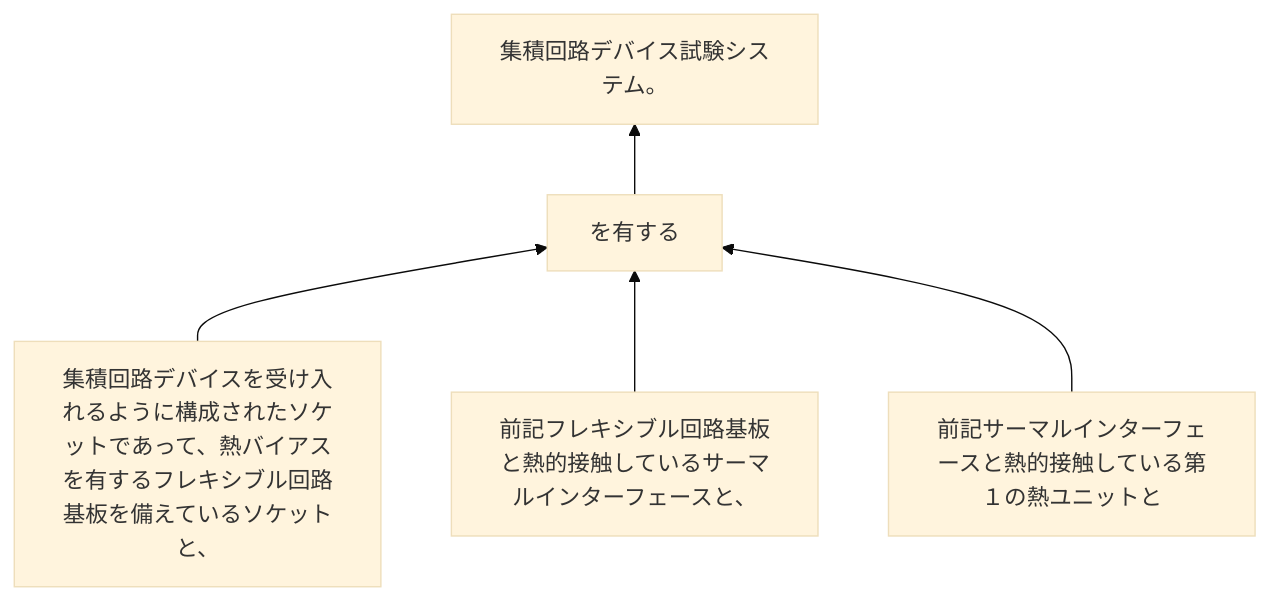
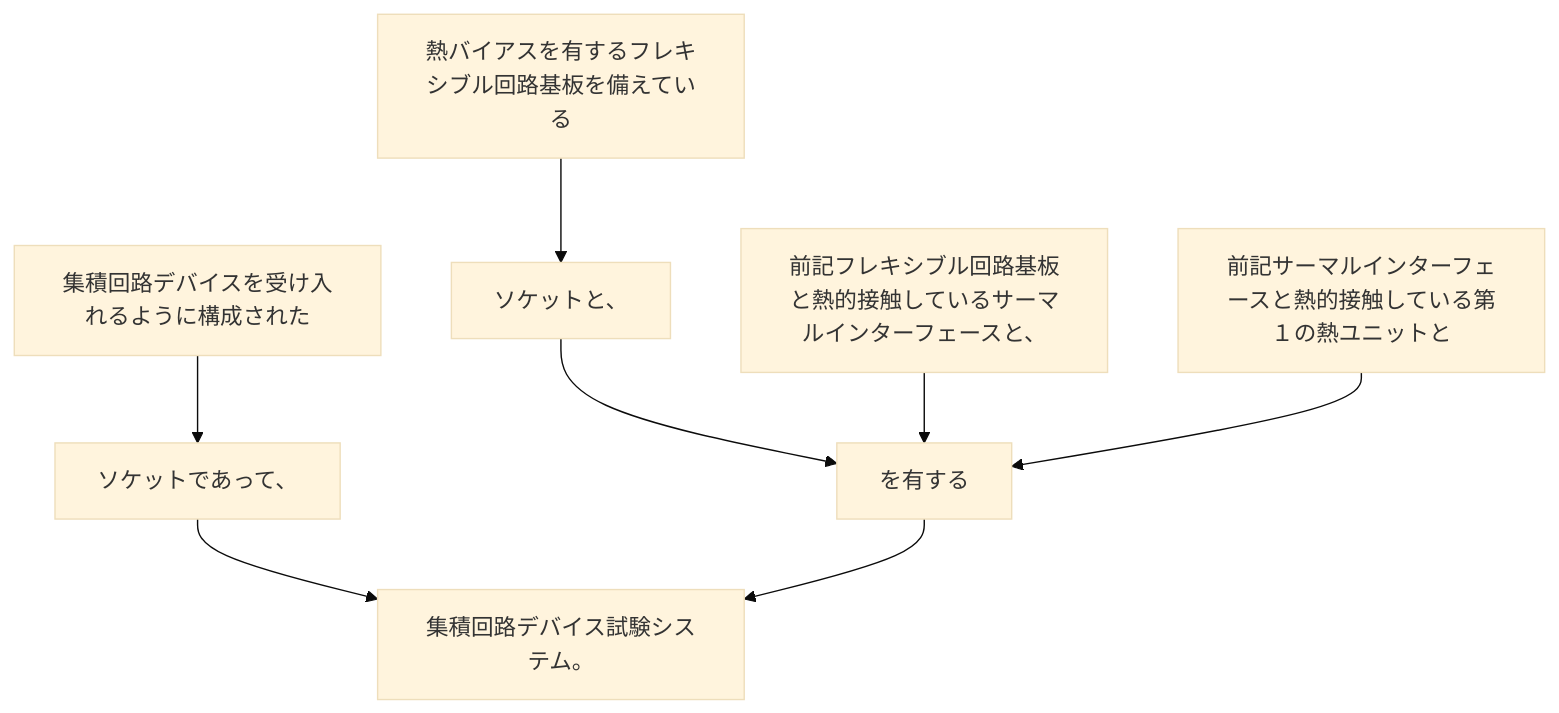
The diagram in 2024/JP2024023283A/claim_33/README.md (shinmori55/patent_analyzed), drawn with Mermaid (base theme) before and after one commit. The commit also changed 336 other files, not shown here.

````diff
--- a/2024/JP2024023283A/claim_33/README.md
+++ b/2024/JP2024023283A/claim_33/README.md
@@ -4,12 +4,18 @@
 ```mermaid
-flowchart BT
-E[集積回路デバイス試験システム。]
-D[を有する]
-C[前記サーマルインターフェースと熱的接触している第１の熱ユニットと]
-B[前記フレキシブル回路基板と熱的接触しているサーマルインターフェースと、]
-A[集積回路デバイスを受け入れるように構成されたソケットであって、熱バイアスを有するフレキシブル回路基板を備えているソケットと、]
-D --> E
-A --> D
-B --> D
+flowchart TD
+A[集積回路デバイスを受け入れるように構成された]
+B[ソケットであって、]
+C[熱バイアスを有するフレキシブル回路基板を備えている]
+D[ソケットと、]
+E[前記フレキシブル回路基板と熱的接触しているサーマルインターフェースと、]
+F[前記サーマルインターフェースと熱的接触している第１の熱ユニットと]
+G[を有する]
+H[集積回路デバイス試験システム。]
+A --> B
+B --> H
 C --> D
+D --> G
+E --> G
+F --> G
+G --> H
 ```
````
